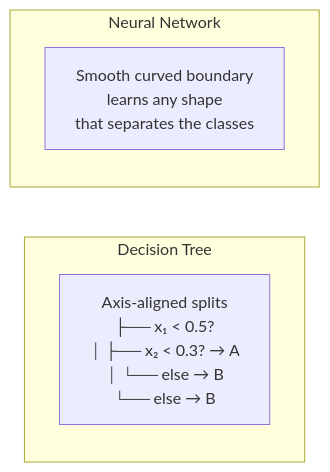
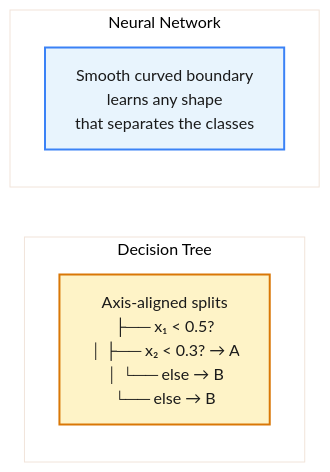
The first of 2 diagrams in docs/assignments/neural-network-from-scratch.md (OSU-CAR-MSL/lab-setup-guide), drawn with Mermaid before and after one commit. The commit also changed other lines of this file and 13 other files, not shown here.

First line of the commit message:
Enhance all 22 Mermaid diagrams with semantic shapes, icons, and color coding

````diff
--- a/docs/assignments/neural-network-from-scratch.md
+++ b/docs/assignments/neural-network-from-scratch.md
@@ -65,9 +65,13 @@
 ```mermaid
+%%{init: {'theme': 'base', 'themeVariables': {'primaryColor': '#e8f4fd', 'primaryTextColor': '#1a1a1a', 'lineColor': '#555'}}}%%
 graph LR
     subgraph "Decision Tree"
-        DT["Axis-aligned splits<br/>├── x₁ < 0.5?<br/>│   ├── x₂ < 0.3? → A<br/>│   └── else → B<br/>└── else → B"]
+        DT["Axis-aligned splits<br/>├── x₁ < 0.5?<br/>│   ├── x₂ < 0.3? → A<br/>│   └── else → B<br/>└── else → B"]:::decision
     end
     subgraph "Neural Network"
-        NN["Smooth curved boundary<br/>learns any shape<br/>that separates the classes"]
+        NN["Smooth curved boundary<br/>learns any shape<br/>that separates the classes"]:::process
     end
+
+    classDef decision fill:#fef3c7,stroke:#d97706,color:#1a1a1a,stroke-width:2px
+    classDef process fill:#e8f4fd,stroke:#3b82f6,color:#1a1a1a,stroke-width:2px
 ```
````
